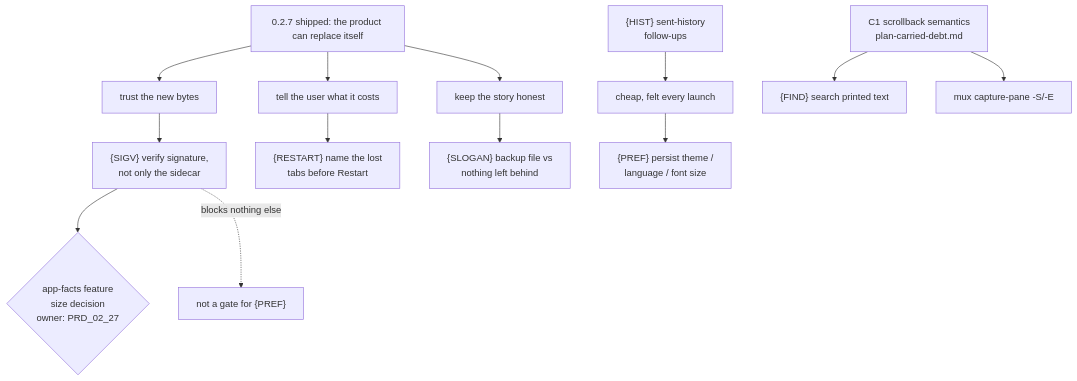
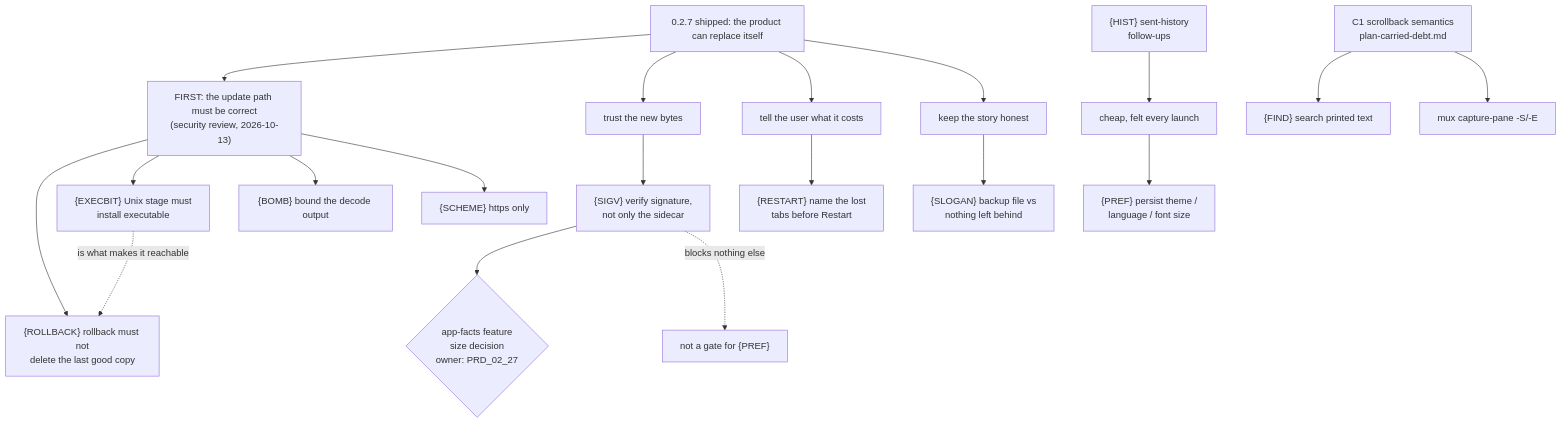
Before and after one commit to partnernetsoftware/minicon: the diagram in plan/plan-v0.2.8.md, drawn with Mermaid. The commit also changed other lines of this file and 2 other files, not shown here.

First line of the commit message:
docs(plan): file the update-path security review as 0.2.8 priority leaves

````diff
--- a/plan/plan-v0.2.8.md
+++ b/plan/plan-v0.2.8.md
@@ -182,15 +292,21 @@
 ```mermaid
 flowchart TB
-    U["0.2.7 shipped: the product can replace itself"] --> T["trust the new bytes"]
+    U["0.2.7 shipped: the product can replace itself"] --> F["FIRST: the update path must be correct<br/>(security review, 2026-10-13)"]
+    F --> ROLL["{ROLLBACK} rollback must not<br/>delete the last good copy"]
+    F --> EXEC["{EXECBIT} Unix stage must<br/>install executable"]
+    F --> BOMB["{BOMB} bound the decode output"]
+    F --> SCH["{SCHEME} https only"]
+    EXEC -. "is what makes it reachable" .-> ROLL
+    U --> T["trust the new bytes"]
     T --> SIGV["{SIGV} verify signature,<br/>not only the sidecar"]
     SIGV --> SIZE{"app-facts feature<br/>size decision<br/>owner: PRD_02_27"}
     U --> C["tell the user what it costs"]
     C --> RESTART["{RESTART} name the lost<br/>tabs before Restart"]
     U --> S["keep the story honest"]
     S --> SLOGAN["{SLOGAN} backup file vs<br/>nothing left behind"]
     P["cheap, felt every launch"] --> PREF["{PREF} persist theme /<br/>language / font size"]
     C1["C1 scrollback semantics<br/>plan-carried-debt.md"] --> FIND["{FIND} search printed text"]
     C1 --> MUX["mux capture-pane -S/-E"]
     HIST["{HIST} sent-history<br/>follow-ups"] --> P
     SIGV -. "blocks nothing else" .-> X["not a gate for {PREF}"]
 ```
````
